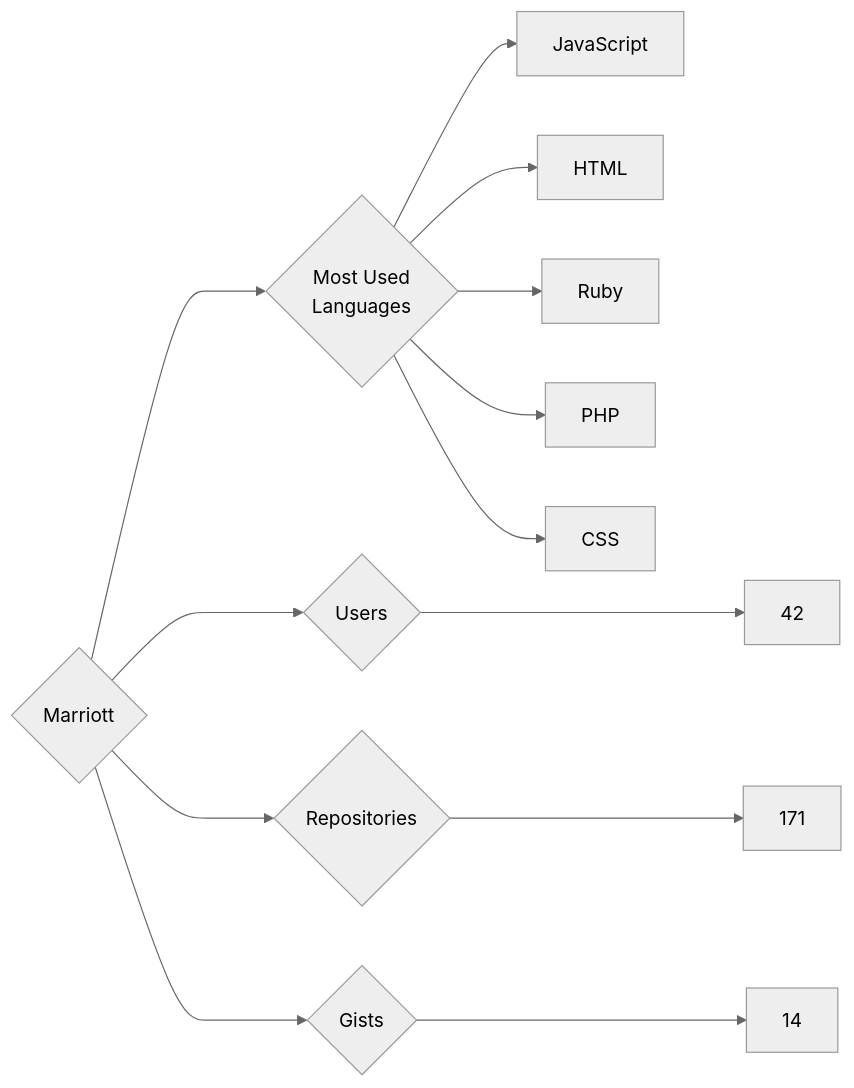
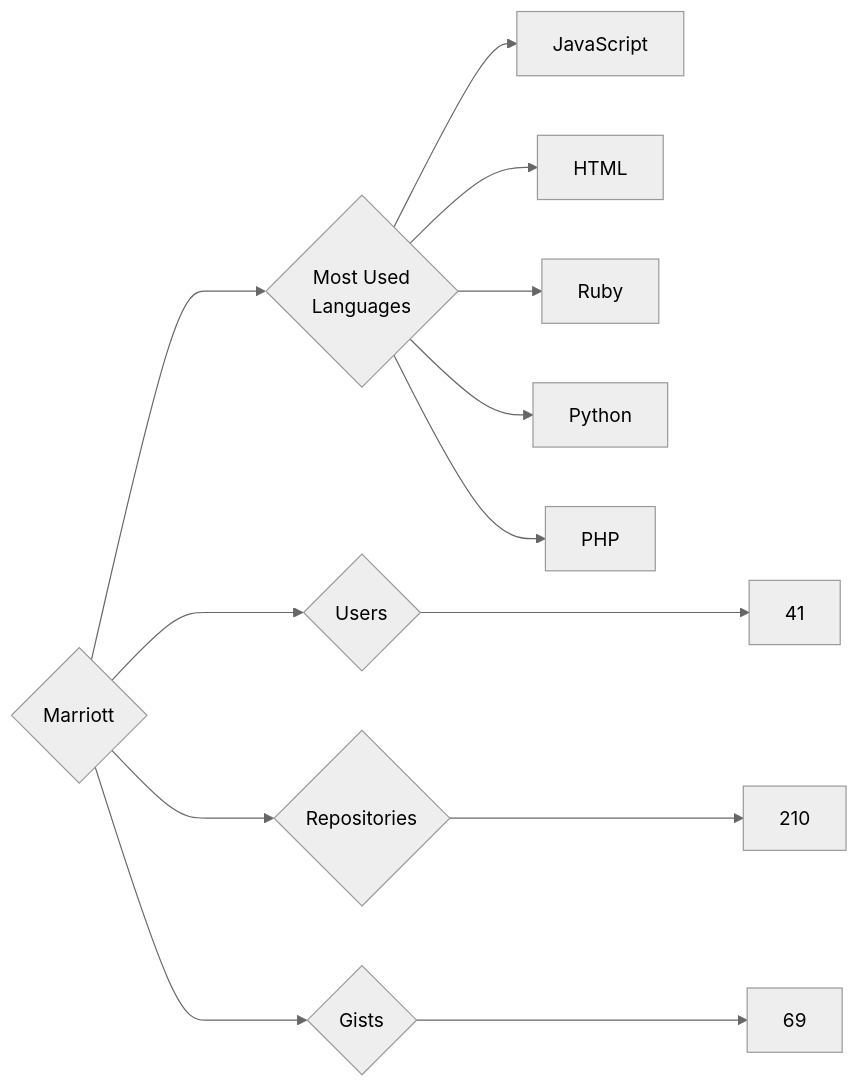
One commit to trickest/insiders changed the diagram in targets/Marriott/README.md. Above: the diagram before and after it, drawn with Mermaid (neutral theme). The commit also changed 1011 other files, not shown here.

````diff
--- a/targets/Marriott/README.md
+++ b/targets/Marriott/README.md
@@ -3,13 +3,13 @@
 ```mermaid
 graph LR
 COMPANY_NAME{Marriott}
-COMPANY_NAME ---> U{Users} ---> UN[42]
-COMPANY_NAME ---> R{Repositories} ---> RN[171]
-COMPANY_NAME ---> G{Gists} ---> GN[14]
+COMPANY_NAME ---> U{Users} ---> UN[41]
+COMPANY_NAME ---> R{Repositories} ---> RN[210]
+COMPANY_NAME ---> G{Gists} ---> GN[69]
 COMPANY_NAME ---> ML{Most Used<br>Languages}
 ML --> JavaScript[JavaScript]
 ML --> HTML[HTML]
 ML --> Ruby[Ruby]
+ML --> Python[Python]
 ML --> PHP[PHP]
-ML --> CSS[CSS]
 ```
````
